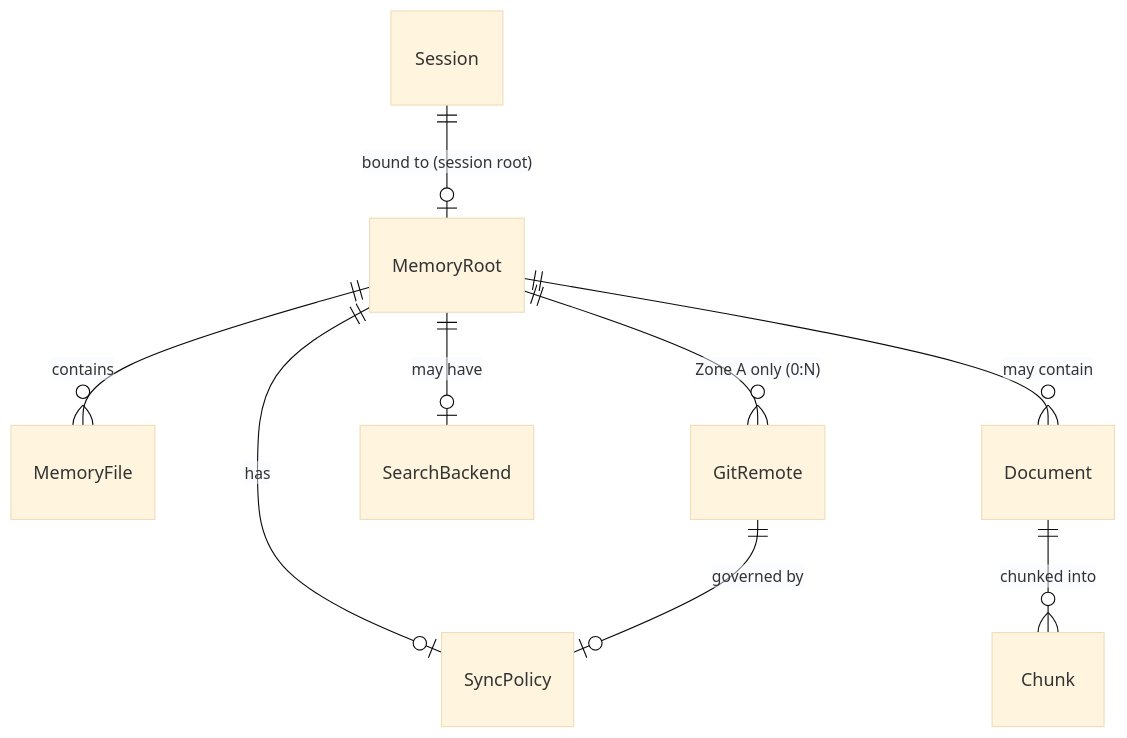
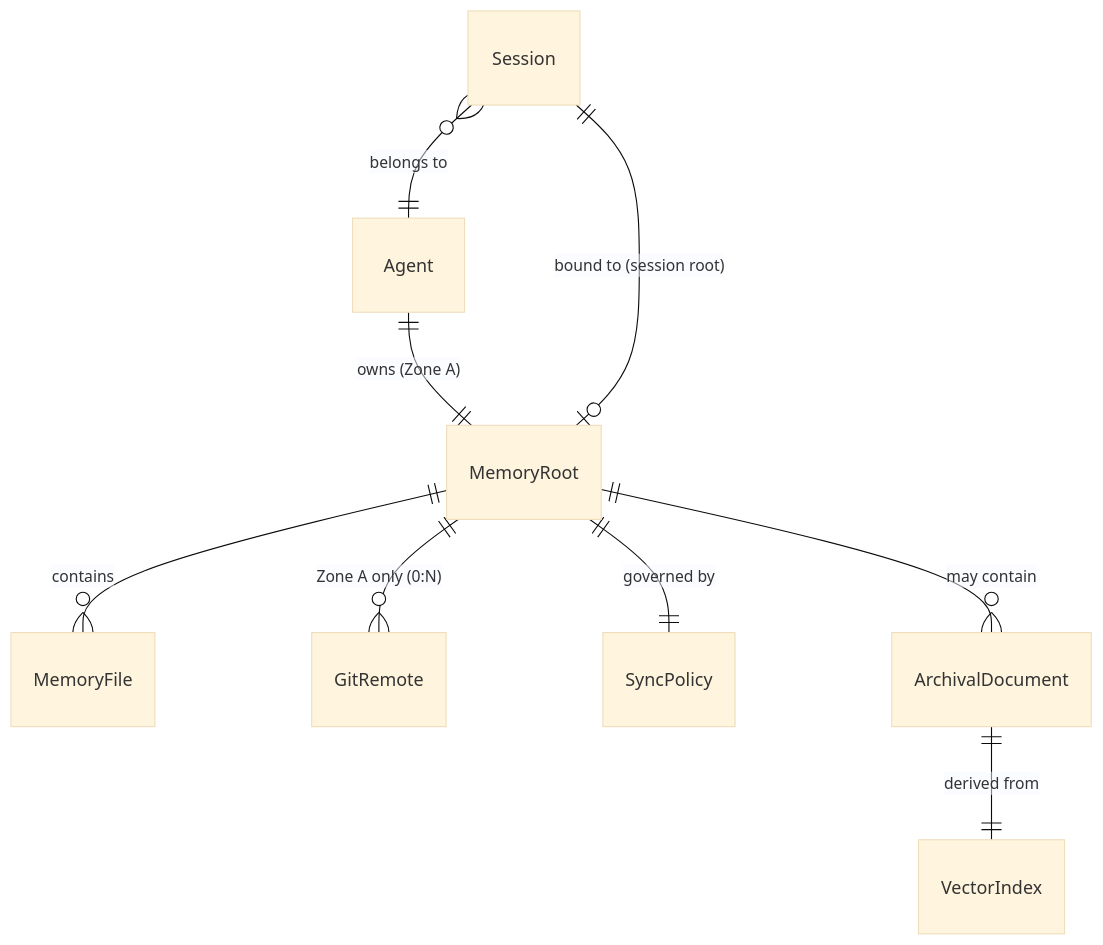
The diagram in docs/DATA-MODEL.md (wunluv/pi-agent-memory), drawn with Mermaid (base theme) before and after one commit. The commit also changed other lines of this file, not shown here.

````diff
--- a/docs/DATA-MODEL.md
+++ b/docs/DATA-MODEL.md
@@ -166,11 +193,11 @@
 ```mermaid
 erDiagram
-    MemoryRoot ||--o{ MemoryFile : contains
+    Agent ||--|| MemoryRoot : "owns (Zone A)"
+    MemoryRoot ||--o{ MemoryFile : "contains"
     MemoryRoot ||--o{ GitRemote : "Zone A only (0:N)"
-    MemoryRoot ||--o| SearchBackend : "may have"
-    MemoryRoot ||--o{ Document : "may contain"
-    MemoryRoot ||--o| SyncPolicy : "has"
+    MemoryRoot ||--|| SyncPolicy : "governed by"
+    MemoryRoot ||--o{ ArchivalDocument : "may contain"
+    ArchivalDocument ||--|| VectorIndex : "derived from"
+    Session }o--|| Agent : "belongs to"
     Session ||--o| MemoryRoot : "bound to (session root)"
-    Document ||--o{ Chunk : "chunked into"
-    GitRemote ||--o| SyncPolicy : "governed by"
 ```
````
